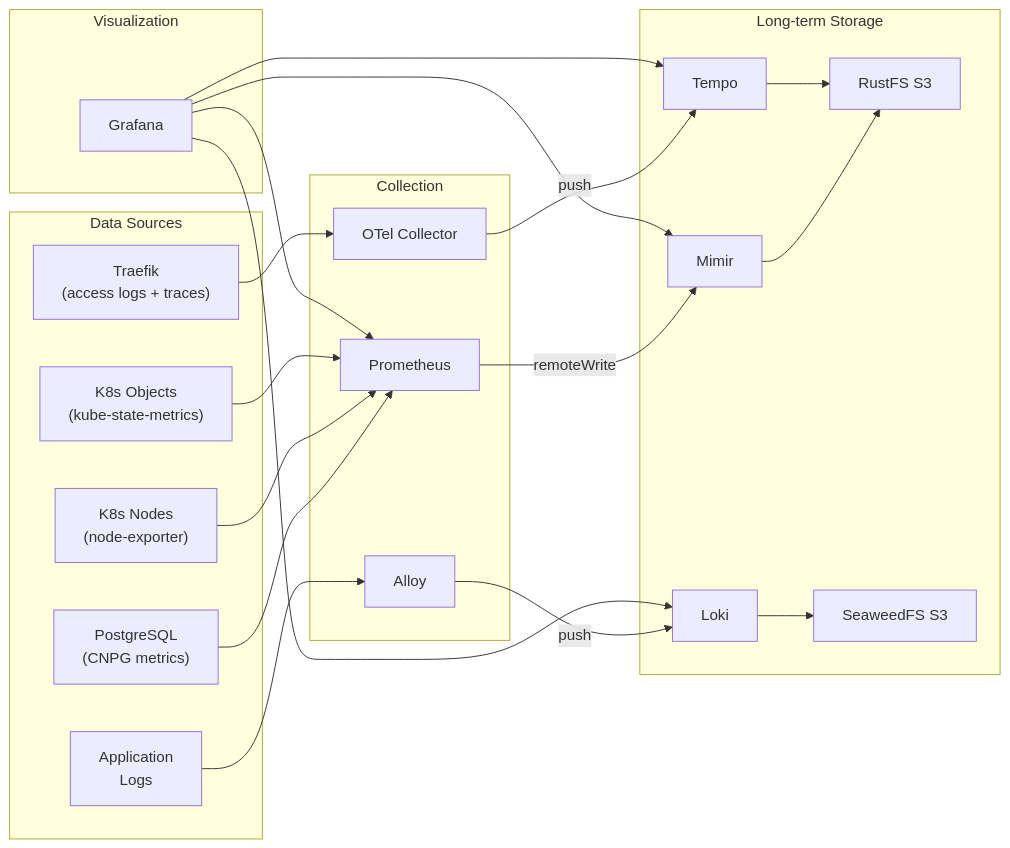
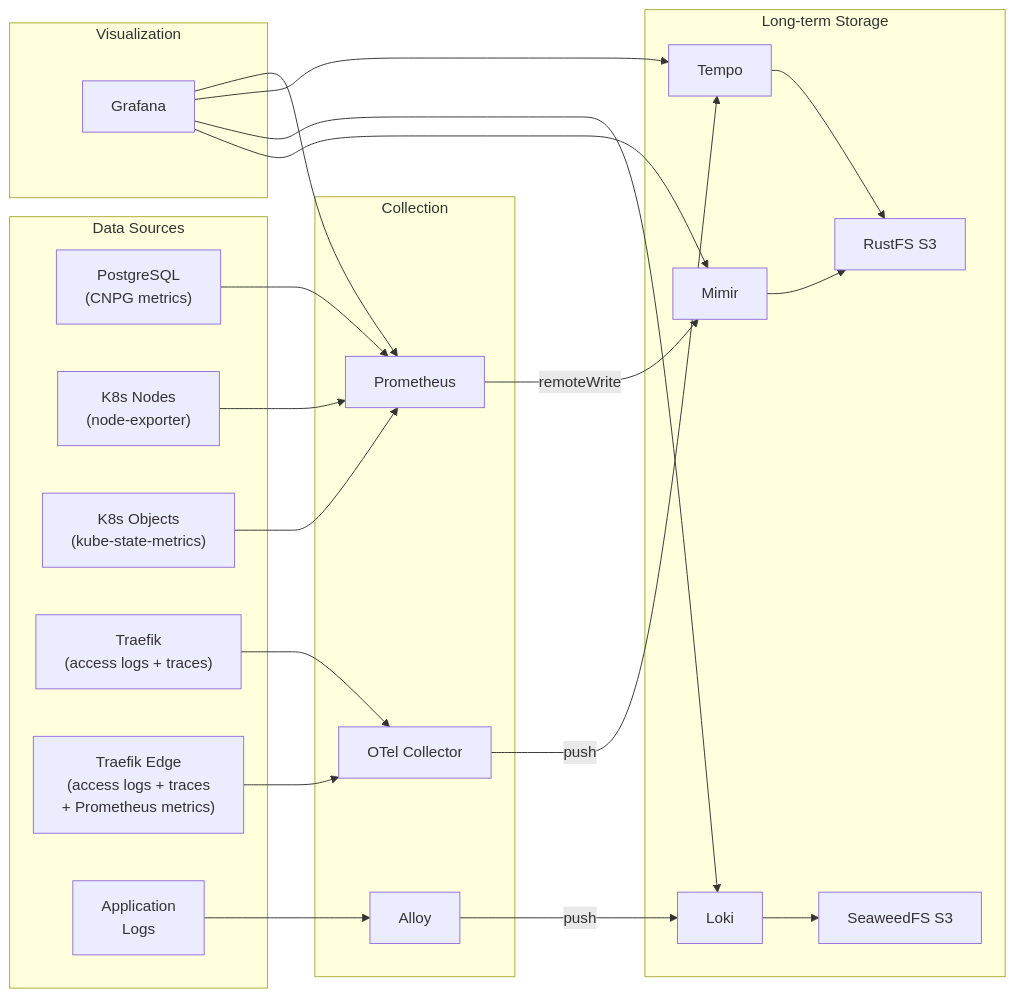
Before and after one commit to rmlandvreugd/cnpg-playground: the ninth of 10 diagrams in docs/architecture-overview.md, drawn with Mermaid. The commit also changed other lines of this file and 2 other files, not shown here.

First line of the commit message:
feat(teardown+docs): add edge Traefik to teardown and architecture overview (5sq.7)

````diff
--- a/docs/architecture-overview.md
+++ b/docs/architecture-overview.md
@@ -319,47 +324,49 @@
 ```mermaid
 flowchart LR
     subgraph Sources["Data Sources"]
         PG["PostgreSQL<br/>(CNPG metrics)"]
         K8sN["K8s Nodes<br/>(node-exporter)"]
         K8sO["K8s Objects<br/>(kube-state-metrics)"]
         TraefikS["Traefik<br/>(access logs + traces)"]
+        TraefikEdgeS["Traefik Edge<br/>(access logs + traces<br/>+ Prometheus metrics)"]
         AppL["Application<br/>Logs"]
     end
 
     subgraph Collection["Collection"]
         Prom["Prometheus"]
         Alloy["Alloy"]
         OTel["OTel Collector"]
     end
 
     subgraph Storage["Long-term Storage"]
         Mimir["Mimir"]
         Loki["Loki"]
         Tempo["Tempo"]
         S3["RustFS S3"]
         Seaweed["SeaweedFS S3"]
     end
 
     subgraph Visualization["Visualization"]
         Grafana["Grafana"]
     end
 
     PG --> Prom
     K8sN --> Prom
     K8sO --> Prom
     AppL --> Alloy
     TraefikS --> OTel
+    TraefikEdgeS --> OTel
 
     Prom -->|remoteWrite| Mimir
     Alloy -->|push| Loki
     OTel -->|push| Tempo
 
     Loki --> Seaweed
     Mimir --> S3
     Tempo --> S3
 
     Grafana --> Mimir
     Grafana --> Loki
     Grafana --> Tempo
     Grafana --> Prom
 ```
````
